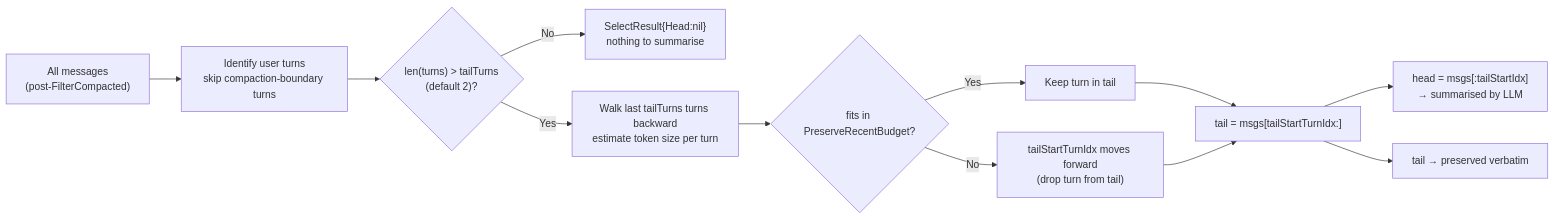
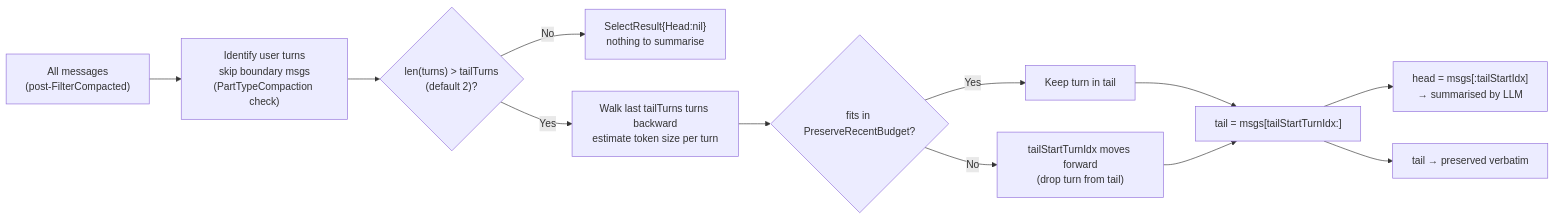
Before and after one commit to larryhou/llm-go: the fourth of 6 diagrams in .opencode/skills/llm/SKILL.md, drawn with Mermaid. The commit also changed other lines of this file and 3 other files, not shown here.

First line of the commit message:
fix(session): cache msgs/allParts in RunLoop; Select() uses PartTypeCompaction

````diff
--- a/.opencode/skills/llm/SKILL.md
+++ b/.opencode/skills/llm/SKILL.md
@@ -137,14 +142,14 @@
 ```mermaid
 flowchart LR
-    Msgs["All messages\n(post-FilterCompacted)"] --> Turns["Identify user turns\nskip compaction-boundary turns"]
+    Msgs["All messages\n(post-FilterCompacted)"] --> Turns["Identify user turns\nskip boundary msgs\n(PartTypeCompaction check)"]
     Turns --> Enough{"len(turns) > tailTurns\n(default 2)?"}
     Enough -- No --> NoSplit["SelectResult{Head:nil}\nnothing to summarise"]
     Enough -- Yes --> WalkBack["Walk last tailTurns turns backward\nestimate token size per turn"]
     WalkBack --> Budget{"fits in PreserveRecentBudget?"}
     Budget -- Yes --> KeepInTail["Keep turn in tail"]
     Budget -- No --> PushForward["tailStartTurnIdx moves forward\n(drop turn from tail)"]
     KeepInTail --> TailStart["tail = msgs[tailStartTurnIdx:]"]
     PushForward --> TailStart
     TailStart --> Head["head = msgs[:tailStartIdx]\n→ summarised by LLM"]
     TailStart --> Tail["tail → preserved verbatim"]
 ```
````
